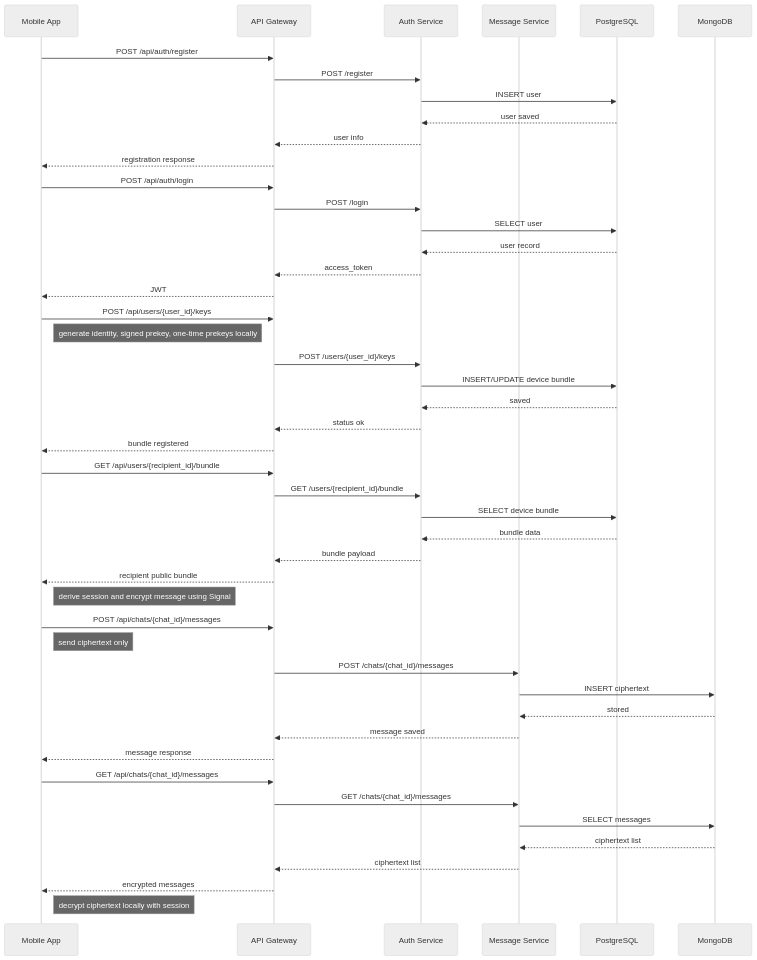
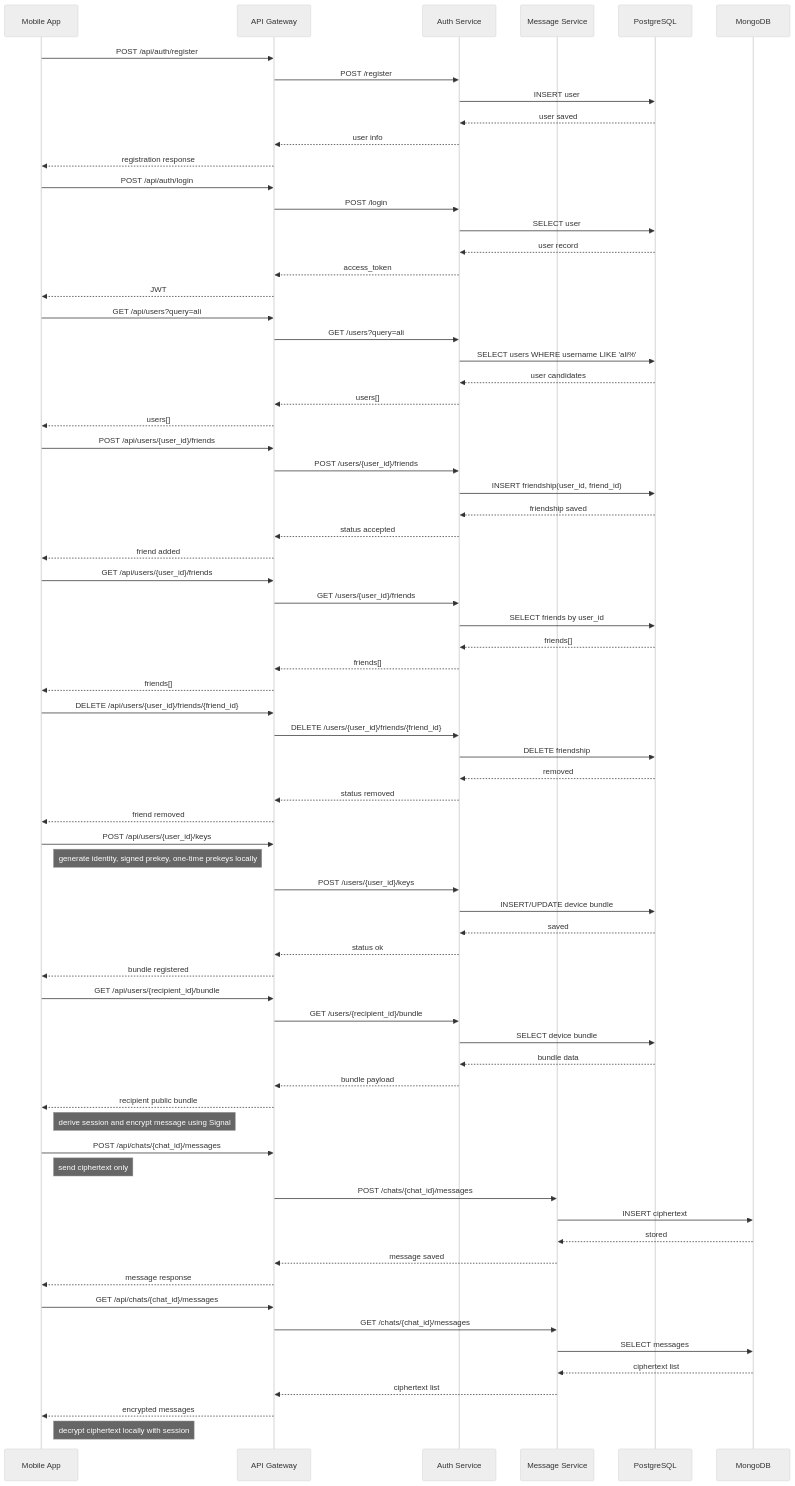
Before and after one commit to Myob11/E2EE: the third of 3 diagrams in README.md, drawn with Mermaid (neutral theme). The commit also changed other lines of this file, not shown here.

```diff
--- a/README.md
+++ b/README.md
@@ -73,6 +94,34 @@
     PG-->>Auth: user record
     Auth-->>Gateway: access_token
     Gateway-->>Client: JWT
+
+    Client->>Gateway: GET /api/users?query=ali
+    Gateway->>Auth: GET /users?query=ali
+    Auth->>PG: SELECT users WHERE username LIKE 'ali%'
+    PG-->>Auth: user candidates
+    Auth-->>Gateway: users[]
+    Gateway-->>Client: users[]
+
+    Client->>Gateway: POST /api/users/{user_id}/friends
+    Gateway->>Auth: POST /users/{user_id}/friends
+    Auth->>PG: INSERT friendship(user_id, friend_id)
+    PG-->>Auth: friendship saved
+    Auth-->>Gateway: status accepted
+    Gateway-->>Client: friend added
+
+    Client->>Gateway: GET /api/users/{user_id}/friends
+    Gateway->>Auth: GET /users/{user_id}/friends
+    Auth->>PG: SELECT friends by user_id
+    PG-->>Auth: friends[]
+    Auth-->>Gateway: friends[]
+    Gateway-->>Client: friends[]
+
+    Client->>Gateway: DELETE /api/users/{user_id}/friends/{friend_id}
+    Gateway->>Auth: DELETE /users/{user_id}/friends/{friend_id}
+    Auth->>PG: DELETE friendship
+    PG-->>Auth: removed
+    Auth-->>Gateway: status removed
+    Gateway-->>Client: friend removed
 
     Client->>Gateway: POST /api/users/{user_id}/keys
     Note right of Client: generate identity, signed prekey, one-time prekeys locally
```
